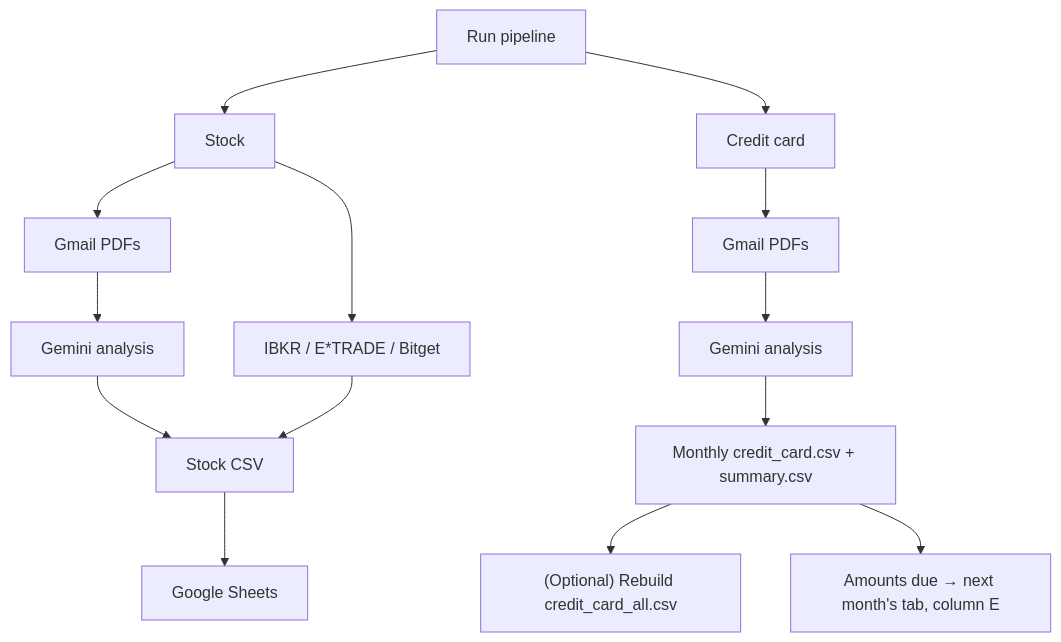
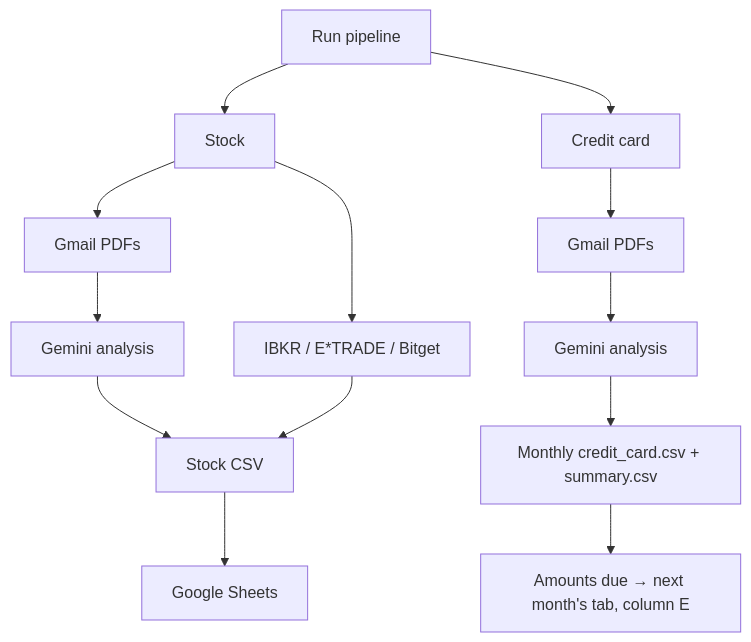
One commit to BoHsiang-W/Integrated-Asset changed the diagram in readme.md. Above: the diagram before and after it, drawn with Mermaid. The commit also changed other lines of this file and 3 other files, not shown here.

First line of the commit message:
refactor: remove the card aggregate CSV rebuild

````diff
--- a/readme.md
+++ b/readme.md
@@ -17,19 +17,18 @@
 ```mermaid
 flowchart TD
     start["Run pipeline"] --> stock["Stock"]
     start --> card["Credit card"]
 
     stock --> stockPdf["Gmail PDFs"]
     stockPdf --> stockGemini["Gemini analysis"]
     stockGemini --> stockCsv["Stock CSV"]
     stock --> brokers["IBKR / E*TRADE / Bitget"]
     brokers --> stockCsv
     stockCsv --> sheets["Google Sheets"]
 
     card --> cardPdf["Gmail PDFs"]
     cardPdf --> cardGemini["Gemini analysis"]
     cardGemini --> cardMonthly["Monthly credit_card.csv + summary.csv"]
-    cardMonthly --> cardCsv["(Optional) Rebuild credit_card_all.csv"]
     cardMonthly --> cardSheet["Amounts due → next month's tab, column E"]
 
 ```
````
